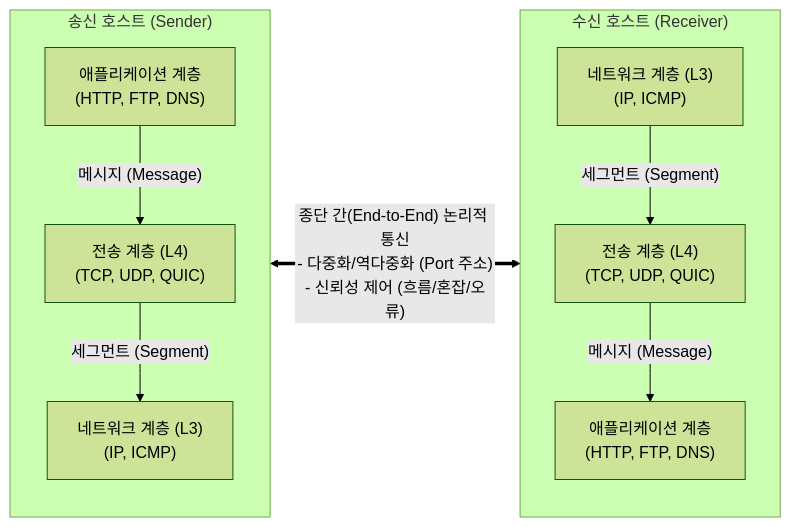
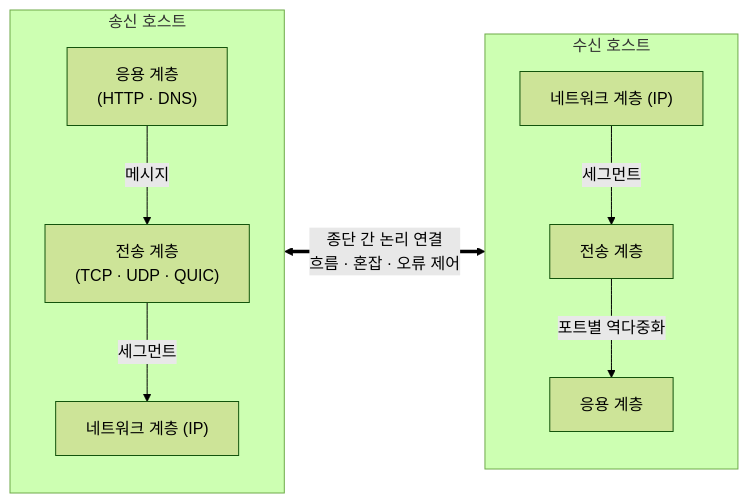
Before and after one commit to supremethumb/supremethumb.github.io: the diagram in content/01_IT Tech/전송 계층.md, drawn with Mermaid (forest theme). The commit also changed other lines of this file and 1087 other files, not shown here.

````diff
--- a/content/01_IT Tech/전송 계층.md
+++ b/content/01_IT Tech/전송 계층.md
@@ -27,24 +38,14 @@
 ```mermaid
 flowchart LR
-    subgraph Sender ["송신 호스트 (Sender)"]
+    subgraph S["송신 호스트"]
         direction TB
-        App_S["애플리케이션 계층<br/>(HTTP, FTP, DNS)"]
-        Trans_S["전송 계층 (L4)<br/>(TCP, UDP, QUIC)"]
-        Net_S["네트워크 계층 (L3)<br/>(IP, ICMP)"]
-        App_S -- "메시지 (Message)" --> Trans_S
-        Trans_S -- "세그먼트 (Segment)" --> Net_S
+        AS["응용 계층<br/>(HTTP · DNS)"] -- "메시지" --> TS["전송 계층<br/>(TCP · UDP · QUIC)"]
+        TS -- "세그먼트" --> NS["네트워크 계층 (IP)"]
     end
-
-    subgraph Receiver ["수신 호스트 (Receiver)"]
+    subgraph R["수신 호스트"]
         direction TB
-        App_R["애플리케이션 계층<br/>(HTTP, FTP, DNS)"]
-        Trans_R["전송 계층 (L4)<br/>(TCP, UDP, QUIC)"]
-        Net_R["네트워크 계층 (L3)<br/>(IP, ICMP)"]
-        Net_R -- "세그먼트 (Segment)" --> Trans_R
-        Trans_R -- "메시지 (Message)" --> App_R
+        NR["네트워크 계층 (IP)"] -- "세그먼트" --> TR["전송 계층"]
+        TR -- "포트별 역다중화" --> AR["응용 계층"]
     end
-
-    Trans_S <== "종단 간(End-to-End) 논리적 통신<br/>- 다중화/역다중화 (Port 주소)<br/>- 신뢰성 제어 (흐름/혼잡/오류)" ==> Trans_R
-
-
+    TS <== "종단 간 논리 연결<br/>흐름 · 혼잡 · 오류 제어" ==> TR
 ```
````
